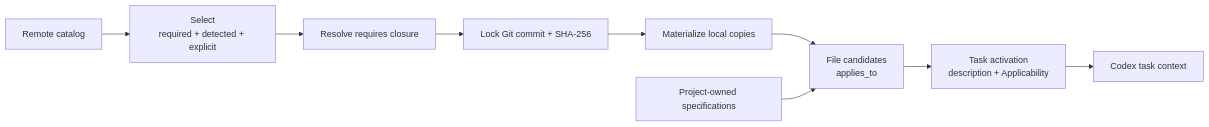
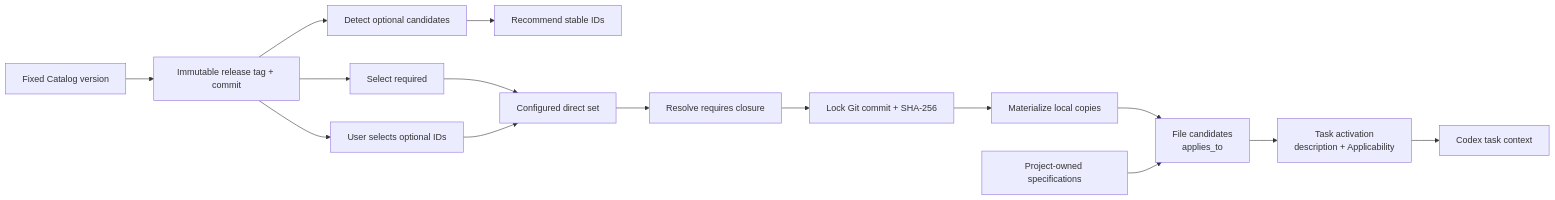
One commit to XiaoWeiKIN/EngineeringSpecifications changed the second of 4 diagrams in docs/specification-model.md. Above: the diagram before and after it, drawn with Mermaid. The commit also changed other lines of this file and 13 other files, not shown here.

First line of the commit message:
feat: publish immutable Catalog releases (#10)

````diff
--- a/docs/specification-model.md
+++ b/docs/specification-model.md
@@ -99,11 +102,17 @@
 ```mermaid
 flowchart LR
-    Catalog["Remote catalog"] --> Select["Select<br/>required + detected + explicit"]
+    Version["Fixed Catalog version"] --> Catalog["Immutable release tag + commit"]
+    Catalog --> Required["Select required"]
+    Catalog --> Detect["Detect optional candidates"]
+    Detect --> Recommend["Recommend stable IDs"]
+    Catalog --> Explicit["User selects optional IDs"]
+    Required --> Select["Configured direct set"]
+    Explicit --> Select
     Select --> Closure["Resolve requires closure"]
     Closure --> Lock["Lock Git commit + SHA-256"]
     Lock --> Local["Materialize local copies"]
     Local --> Scope["File candidates<br/>applies_to"]
     Project["Project-owned specifications"] --> Scope
     Scope --> Activate["Task activation<br/>description + Applicability"]
     Activate --> Codex["Codex task context"]
 ```
````
